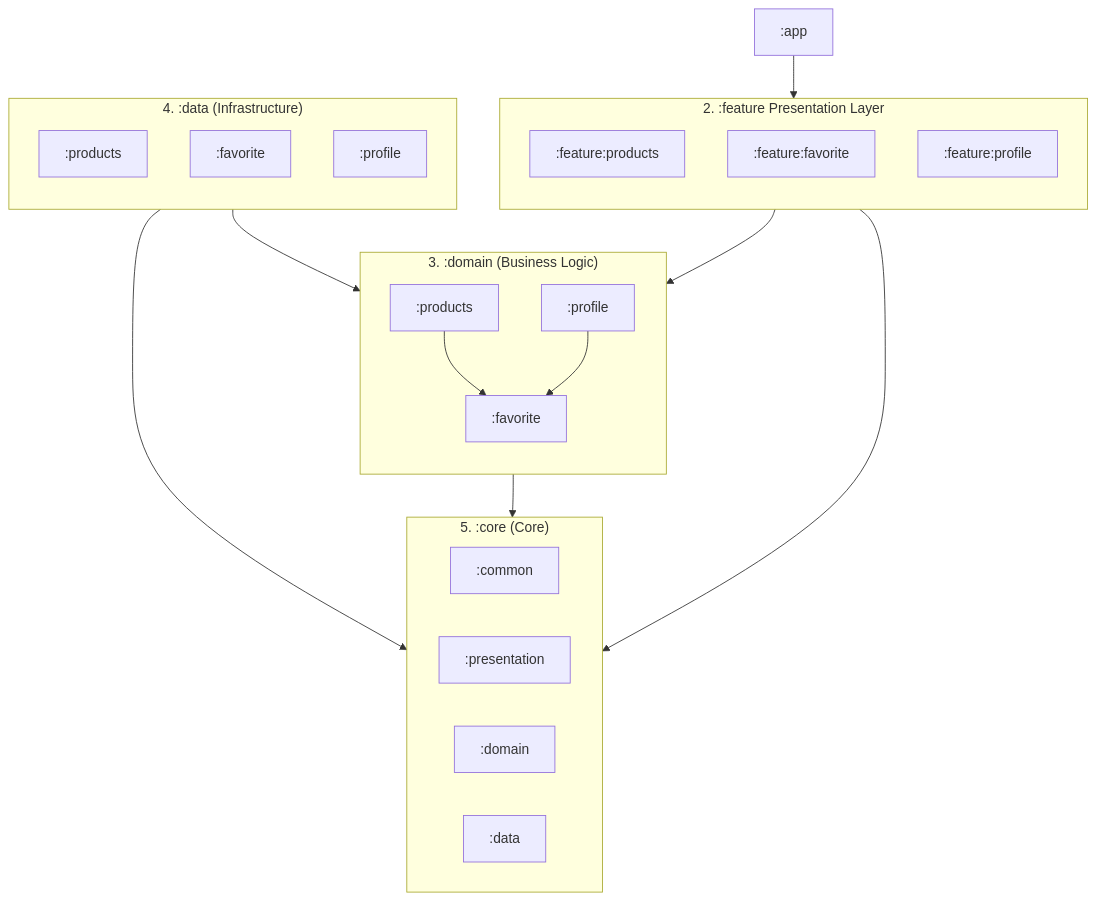
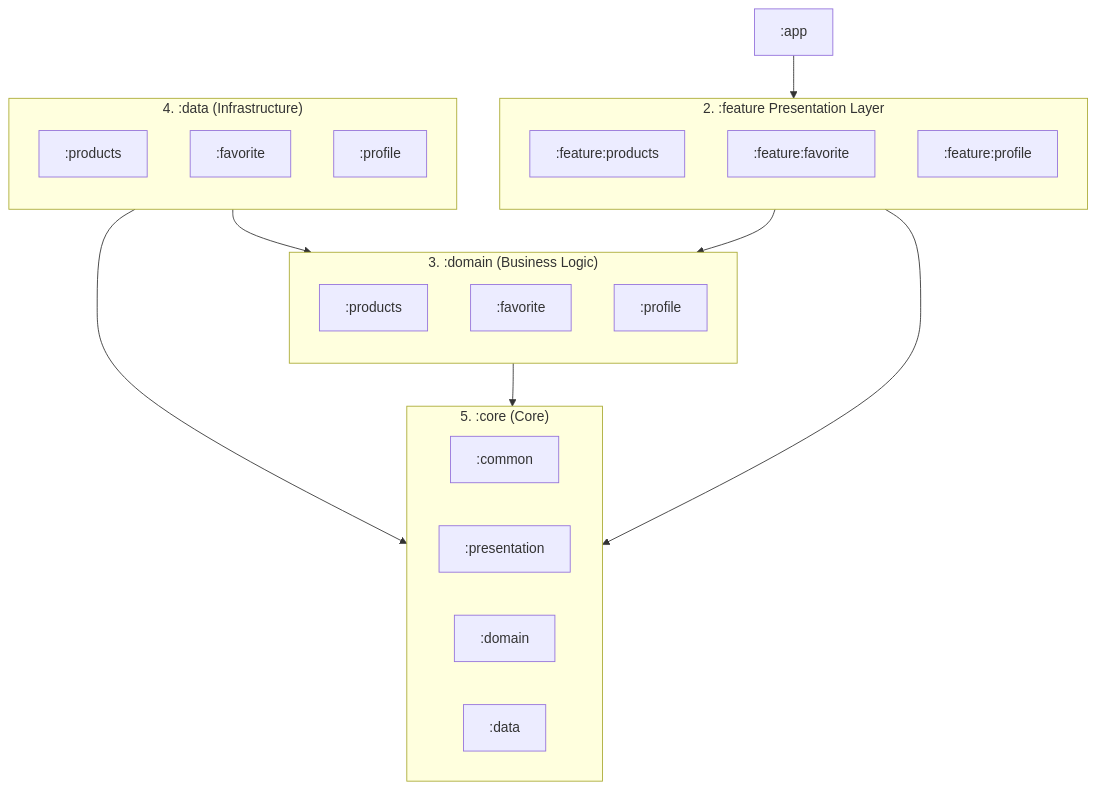
Before and after one commit to sergiomarmu/Vestis: the diagram in README.md, drawn with Mermaid.

Commit message:
docs: improve readme documentation

````diff
--- a/README.md
+++ b/README.md
@@ -42,47 +42,44 @@
 ```mermaid
 graph TB
     app[":app"]
 
     subgraph Layer_2 ["2. :feature Presentation Layer"]
         direction TB
         feat_products[":feature:products"]
         feat_favorite[":feature:favorite"]
         feat_profile[":feature:profile"]
     end
 
     subgraph Layer_3 ["3. :domain (Business Logic)"]
         direction TB
         domain_products[":products"]
         domain_favorite[":favorite"]
         domain_profile[":profile"]
-        
-        domain_products --> domain_favorite
-        domain_profile --> domain_favorite
     end
 
     subgraph Layer_4 ["4. :data (Infrastructure)"]
         direction TB
         data_products[":products"]
         data_favorite[":favorite"]
         data_profile[":profile"]
     end
 
     subgraph Layer_5 ["5. :core (Core)"]
         direction LR
         core_common[":common"]
         core_presentation[":presentation"]
         core_domain[":domain"]
         core_data[":data"]
     end
 
     app --> Layer_2
     Layer_2 --> Layer_3
     Layer_4 --> Layer_3
 
     Layer_2 --> Layer_5
     Layer_3 --> Layer_5
     Layer_4 --> Layer_5
 
     feat_products ~~~ domain_products
     domain_products ~~~ data_products
 ```
````
